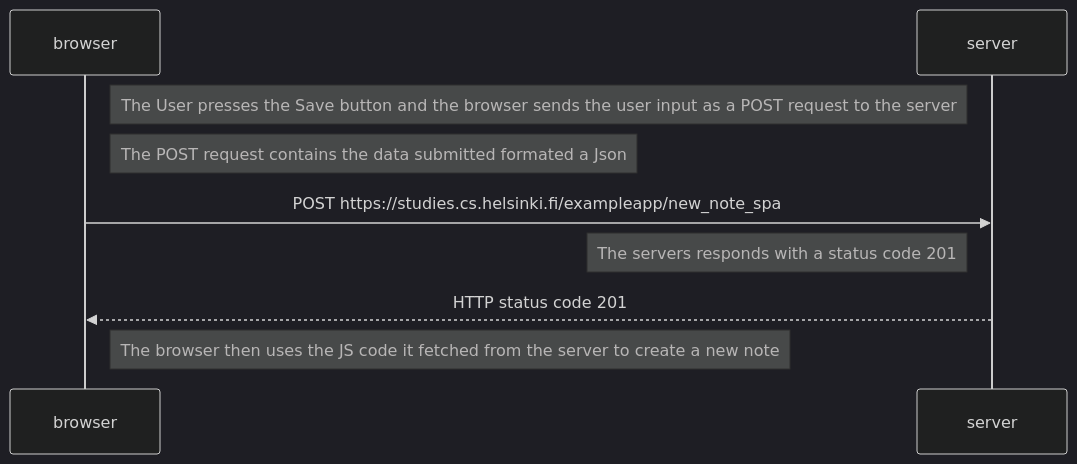
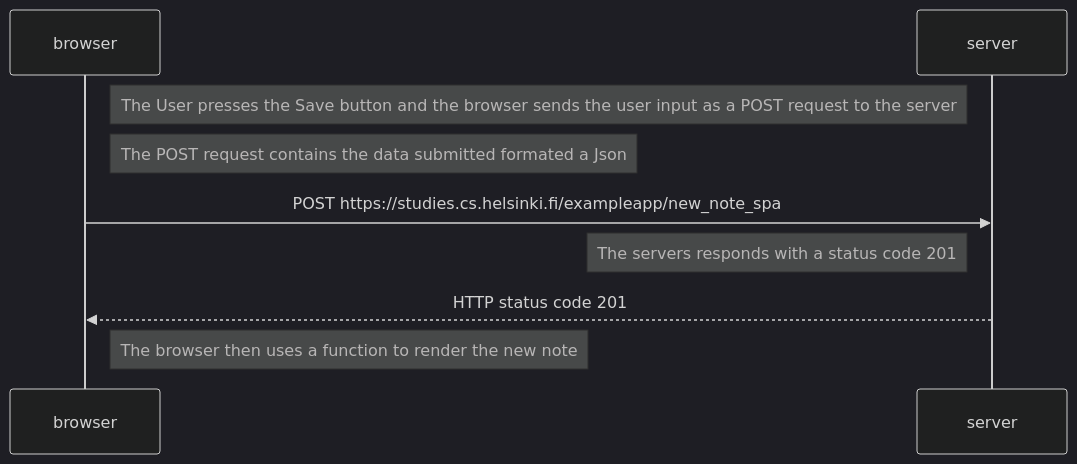
Before and after one commit to Totalimmortal0/Fullstack-Open-submissions: the diagram in part0/NewSpaNote.md, drawn with Mermaid (dark theme). The commit also changed 1 other file, not shown here.

Commit message:
added clarification on NewSpaNote.md

````diff
--- a/part0/NewSpaNote.md
+++ b/part0/NewSpaNote.md
@@ -1,14 +1,14 @@
 ```mermaid
   sequenceDiagram
     participant browser
     participant server
     
     Note right of browser: The User presses the Save button and the browser sends the user input as a POST request to the server
     Note right of browser: The POST request contains the data submitted formated a Json
     browser->>server: POST https://studies.cs.helsinki.fi/exampleapp/new_note_spa
     
     Note left of server: The servers responds with a status code 201
     server-->>browser: HTTP status code 201
     
-    Note right of browser: The browser then uses the JS code it fetched from the server to create a new note
+    Note right of browser: The browser then uses a function to render the new note
 ```
````
